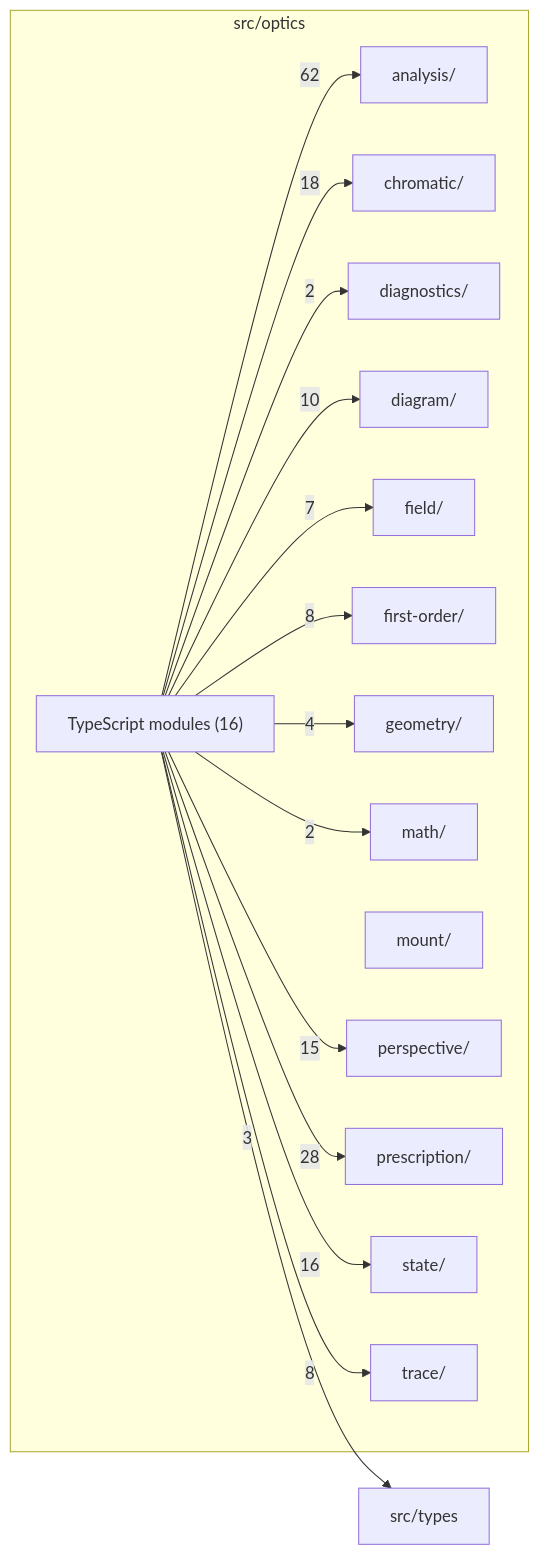
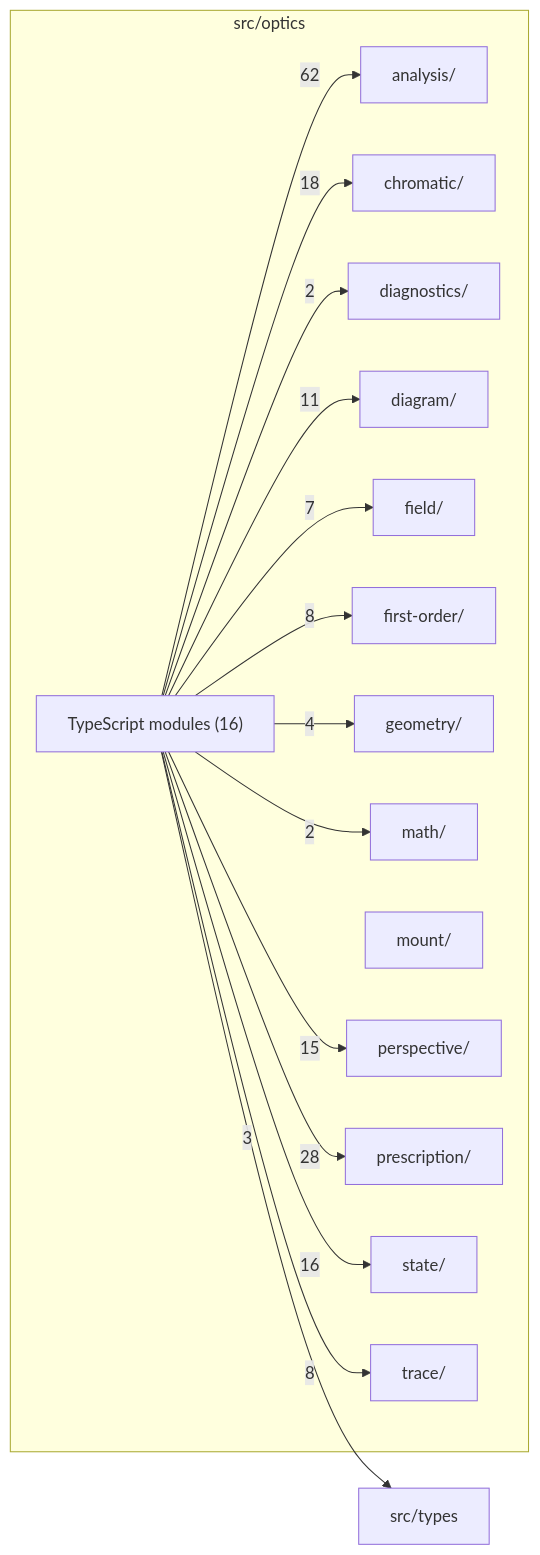
One commit to ronbuening/LensVisualizer changed the diagram in src/optics/readme.md. Above: the diagram before and after it, drawn with Mermaid. The commit also changed other lines of this file and 9 other files, not shown here.

````diff
--- a/src/optics/readme.md
+++ b/src/optics/readme.md
@@ -9,33 +9,33 @@
 ```mermaid
 flowchart LR
   subgraph n_src_optics["src/optics"]
     n_src_optics_src_optics_analysis["analysis/"]
     n_src_optics_src_optics_chromatic["chromatic/"]
     n_src_optics_src_optics_diagnostics["diagnostics/"]
     n_src_optics_src_optics_diagram["diagram/"]
     n_src_optics_src_optics_field["field/"]
     n_src_optics_src_optics_first_order["first-order/"]
     n_src_optics_src_optics_geometry["geometry/"]
     n_src_optics_src_optics_math["math/"]
     n_src_optics_src_optics_mount["mount/"]
     n_src_optics_src_optics_perspective["perspective/"]
     n_src_optics_src_optics_prescription["prescription/"]
     n_src_optics_src_optics_state["state/"]
     n_src_optics_src_optics_trace["trace/"]
     n_src_optics_TypeScript_modules["TypeScript modules (16)"]
   end
   n_external_src_types["src/types"]
   n_src_optics_TypeScript_modules --> |62| n_src_optics_src_optics_analysis
   n_src_optics_TypeScript_modules --> |28| n_src_optics_src_optics_prescription
   n_src_optics_TypeScript_modules --> |18| n_src_optics_src_optics_chromatic
   n_src_optics_TypeScript_modules --> |16| n_src_optics_src_optics_state
   n_src_optics_TypeScript_modules --> |15| n_src_optics_src_optics_perspective
-  n_src_optics_TypeScript_modules --> |10| n_src_optics_src_optics_diagram
+  n_src_optics_TypeScript_modules --> |11| n_src_optics_src_optics_diagram
   n_src_optics_TypeScript_modules --> |8| n_src_optics_src_optics_first_order
   n_src_optics_TypeScript_modules --> |8| n_src_optics_src_optics_trace
   n_src_optics_TypeScript_modules --> |7| n_src_optics_src_optics_field
   n_src_optics_TypeScript_modules --> |4| n_src_optics_src_optics_geometry
   n_src_optics_TypeScript_modules --> |3| n_external_src_types
   n_src_optics_TypeScript_modules --> |2| n_src_optics_src_optics_diagnostics
   n_src_optics_TypeScript_modules --> |2| n_src_optics_src_optics_math
 ```
````
